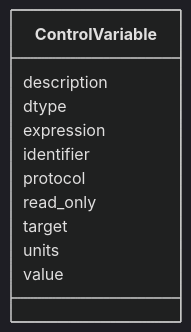
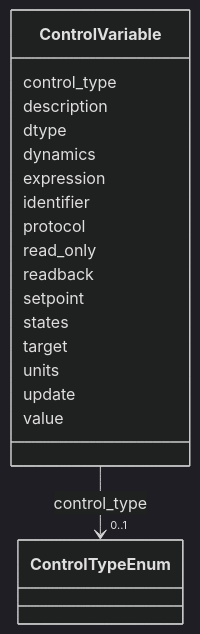
One commit to astec-stfc/laura changed the diagram in docs/source/schema/ControlVariable.md. Above: the diagram before and after it, drawn with Mermaid (dark theme). The commit also changed other lines of this file and 205 other files, not shown here.

````diff
--- a/docs/source/schema/ControlVariable.md
+++ b/docs/source/schema/ControlVariable.md
@@ -23,24 +23,45 @@
 ```mermaid
  classDiagram
     class ControlVariable
     click ControlVariable href "../ControlVariable/"
+      ControlVariable : control_type
+        
+          
+    
+        
+        
+        ControlVariable --> "0..1" ControlTypeEnum : control_type
+        click ControlTypeEnum href "../ControlTypeEnum/"
+    
+
+        
       ControlVariable : description
         
       ControlVariable : dtype
+        
+      ControlVariable : dynamics
         
       ControlVariable : expression
         
       ControlVariable : identifier
         
       ControlVariable : protocol
         
       ControlVariable : read_only
         
+      ControlVariable : readback
+        
+      ControlVariable : setpoint
+        
+      ControlVariable : states
+        
       ControlVariable : target
         
       ControlVariable : units
+        
+      ControlVariable : update
         
       ControlVariable : value
         
       
 ```
````
